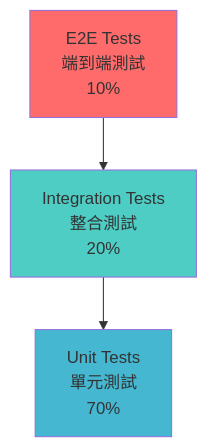
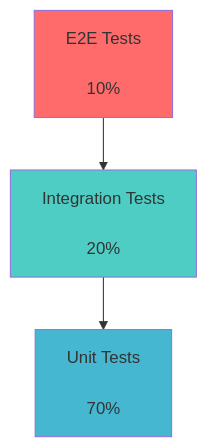
One commit to erictheng93/Multi-Channel-Integration-System changed the third of 6 diagrams in .kiro/specs/multi-channel-support-mvp/design.md. Above: the diagram before and after it, drawn with Mermaid. The commit also changed other lines of this file and 309 other files, not shown here.

````diff
--- a/.kiro/specs/multi-channel-support-mvp/design.md
+++ b/.kiro/specs/multi-channel-support-mvp/design.md
@@ -585,9 +568,9 @@
 ```mermaid
 graph TB
-    A[E2E Tests<br/>端到端測試<br/>10%] --> B[Integration Tests<br/>整合測試<br/>20%]
-    B --> C[Unit Tests<br/>單元測試<br/>70%]
-    
-    style A fill:#ff6b6b
-    style B fill:#4ecdc4
-    style C fill:#45b7d1
+ A[E2E Tests<br/><br/>10%] --> B[Integration Tests<br/><br/>20%]
+ B --> C[Unit Tests<br/><br/>70%]
+
+ style A fill:#ff6b6b
+ style B fill:#4ecdc4
+ style C fill:#45b7d1
 ```
````
